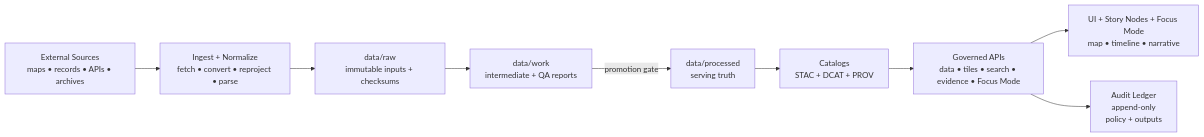
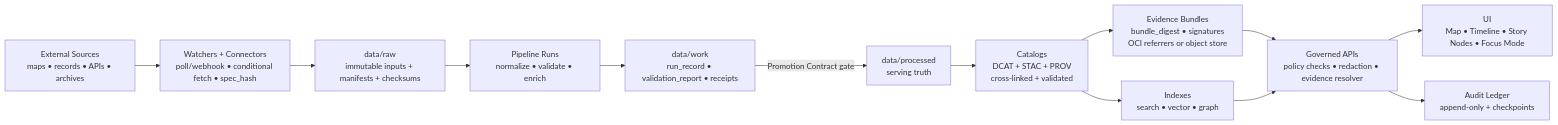
One commit to bartytime4life/Kansas-Frontier-Matrix changed the first of 5 diagrams in README.md. Above: the diagram before and after it, drawn with Mermaid. The commit also changed other lines of this file, not shown here.

````diff
--- a/README.md
+++ b/README.md
@@ -201,11 +238,15 @@
 ```mermaid
 flowchart LR
-  A[External Sources<br/>maps • records • APIs • archives] --> B[Ingest + Normalize<br/>fetch • convert • reproject • parse]
-  B --> C[data/raw<br/>immutable inputs + checksums]
-  C --> D[data/work<br/>intermediate + QA reports]
-  D -->|promotion gate| E[data/processed<br/>serving truth]
-  E --> F[Catalogs<br/>STAC + DCAT + PROV]
-  F --> G[Governed APIs<br/>data • tiles • search • evidence • Focus Mode]
-  G --> H[UI + Story Nodes + Focus Mode<br/>map • timeline • narrative]
-  G --> I[Audit Ledger<br/>append-only<br/>policy + outputs]
+  A[External Sources<br/>maps • records • APIs • archives] --> W[Watchers + Connectors<br/>poll/webhook • conditional fetch • spec_hash]
+  W --> RZ[data/raw<br/>immutable inputs + manifests + checksums]
+  RZ --> P[Pipeline Runs<br/>normalize • validate • enrich]
+  P --> WZ[data/work<br/>run_record • validation_report • receipts]
+  WZ -->|Promotion Contract gate| PRZ[data/processed<br/>serving truth]
+  PRZ --> C[Catalogs<br/>DCAT + STAC + PROV<br/>cross-linked + validated]
+  C --> B[Evidence Bundles<br/>bundle_digest • signatures<br/>OCI referrers or object store]
+  C --> IDX[Indexes<br/>search • vector • graph]
+  B --> API[Governed APIs<br/>policy checks • redaction • evidence resolver]
+  IDX --> API
+  API --> UI[UI<br/>Map • Timeline • Story Nodes • Focus Mode]
+  API --> AL[Audit Ledger<br/>append-only + checkpoints]
 ```
````
